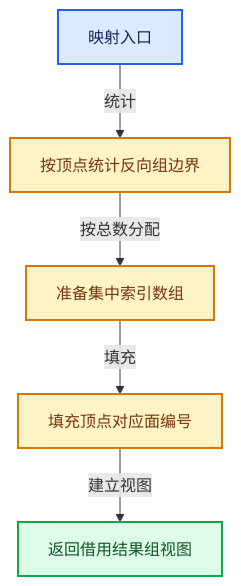
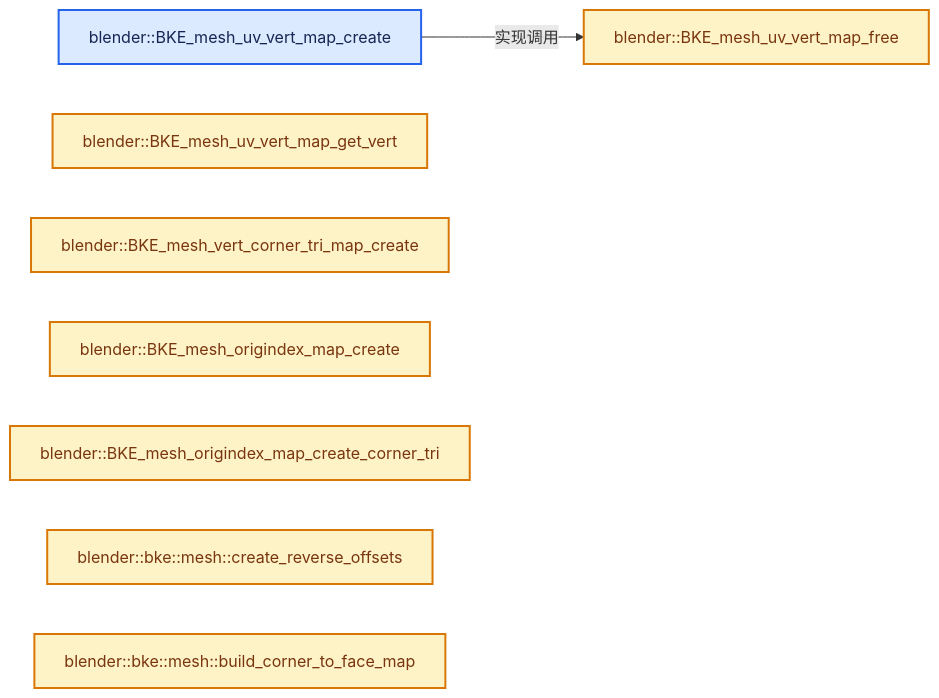
Before and after one commit to yunkezengren/blender-.vscode: the second of 4 diagrams in 杂/markdown/全面学习-codex/05-几何存储与拓扑映射/06-拓扑映射构建.md, drawn with Mermaid. The commit also changed other lines of this file and 1930 other files, not shown here.

````diff
--- a/杂/markdown/全面学习-codex/05-几何存储与拓扑映射/06-拓扑映射构建.md
+++ b/杂/markdown/全面学习-codex/05-几何存储与拓扑映射/06-拓扑映射构建.md
@@ -2588,18 +46,18 @@
 ```mermaid
-flowchart TB
-  V0["映射入口"]:::input
-  V1["按顶点统计反向组边界"]:::compute
-  V2["准备集中索引数组"]:::compute
-  V3["填充顶点对应面编号"]:::compute
-  V4["返回借用结果组视图"]:::result
-  V0 -->|"统计"| V1
-  V1 -->|"按总数分配"| V2
-  V2 -->|"填充"| V3
-  V3 -->|"建立视图"| V4
+flowchart LR
+  F0["blender::BKE_mesh_uv_vert_map_create"]:::input
+  F1["blender::BKE_mesh_uv_vert_map_get_vert"]:::compute
+  F2["blender::BKE_mesh_uv_vert_map_free"]:::compute
+  F3["blender::BKE_mesh_vert_corner_tri_map_create"]:::compute
+  F4["blender::BKE_mesh_origindex_map_create"]:::compute
+  F5["blender::BKE_mesh_origindex_map_create_corner_tri"]:::compute
+  F6["blender::bke::mesh::create_reverse_offsets"]:::compute
+  F7["blender::bke::mesh::build_corner_to_face_map"]:::compute
+  F0 -->|"实现调用"| F2
   classDef input fill:#DBEAFE,stroke:#2563EB,color:#172554,stroke-width:2px;
   classDef data fill:#CFFAFE,stroke:#0891B2,color:#164E63,stroke-width:2px;
   classDef abstraction fill:#EDE9FE,stroke:#7C3AED,color:#3B0764,stroke-width:2px;
   classDef compute fill:#FEF3C7,stroke:#D97706,color:#78350F,stroke-width:2px;
   classDef result fill:#DCFCE7,stroke:#16A34A,color:#14532D,stroke-width:2px;
   classDef error fill:#FEE2E2,stroke:#DC2626,color:#7F1D1D,stroke-width:2px;
 ```
````
